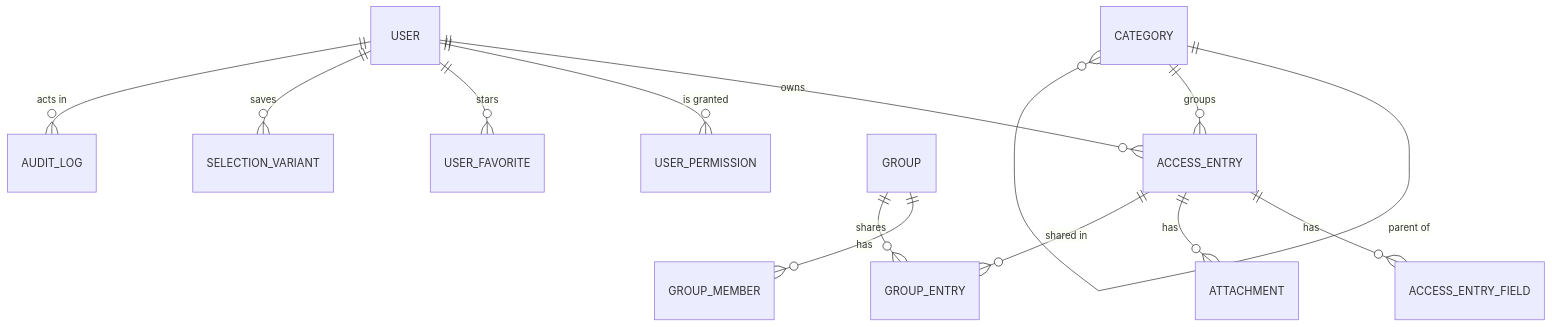
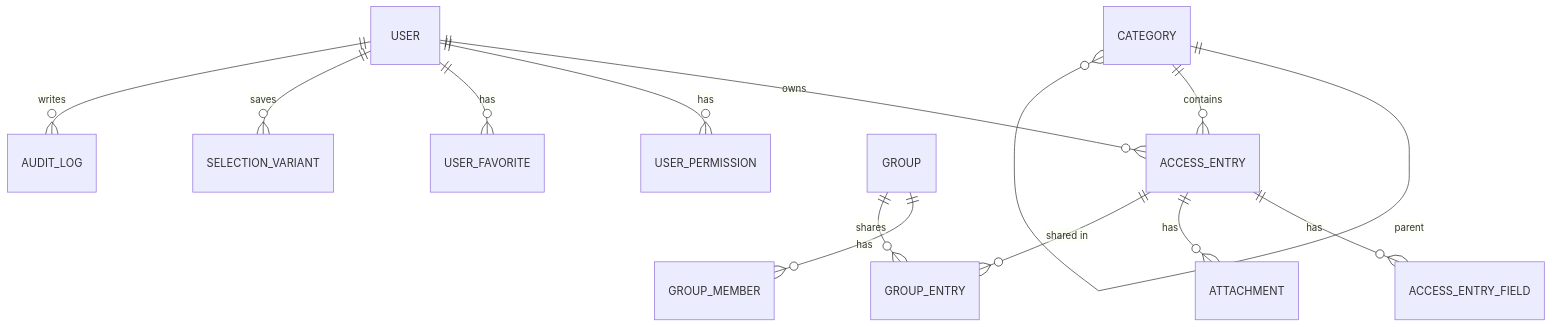
Before and after one commit to Masbismaa/mtoa_alr: the second of 3 diagrams in .github/README.md, drawn with Mermaid. The commit also changed other lines of this file, not shown here.

````diff
--- a/.github/README.md
+++ b/.github/README.md
@@ -117,15 +97,15 @@
 ```mermaid
 erDiagram
     USER ||--o{ ACCESS_ENTRY : owns
-    USER ||--o{ USER_PERMISSION : "is granted"
-    USER ||--o{ USER_FAVORITE : stars
+    USER ||--o{ USER_PERMISSION : has
+    USER ||--o{ USER_FAVORITE : has
     USER ||--o{ SELECTION_VARIANT : saves
-    CATEGORY ||--o{ CATEGORY : "parent of"
-    CATEGORY ||--o{ ACCESS_ENTRY : groups
+    CATEGORY ||--o{ CATEGORY : parent
+    CATEGORY ||--o{ ACCESS_ENTRY : contains
     ACCESS_ENTRY ||--o{ ACCESS_ENTRY_FIELD : has
     ACCESS_ENTRY ||--o{ ATTACHMENT : has
     GROUP ||--o{ GROUP_MEMBER : has
     GROUP ||--o{ GROUP_ENTRY : shares
     ACCESS_ENTRY ||--o{ GROUP_ENTRY : "shared in"
-    USER ||--o{ AUDIT_LOG : "acts in"
+    USER ||--o{ AUDIT_LOG : writes
 ```
````
